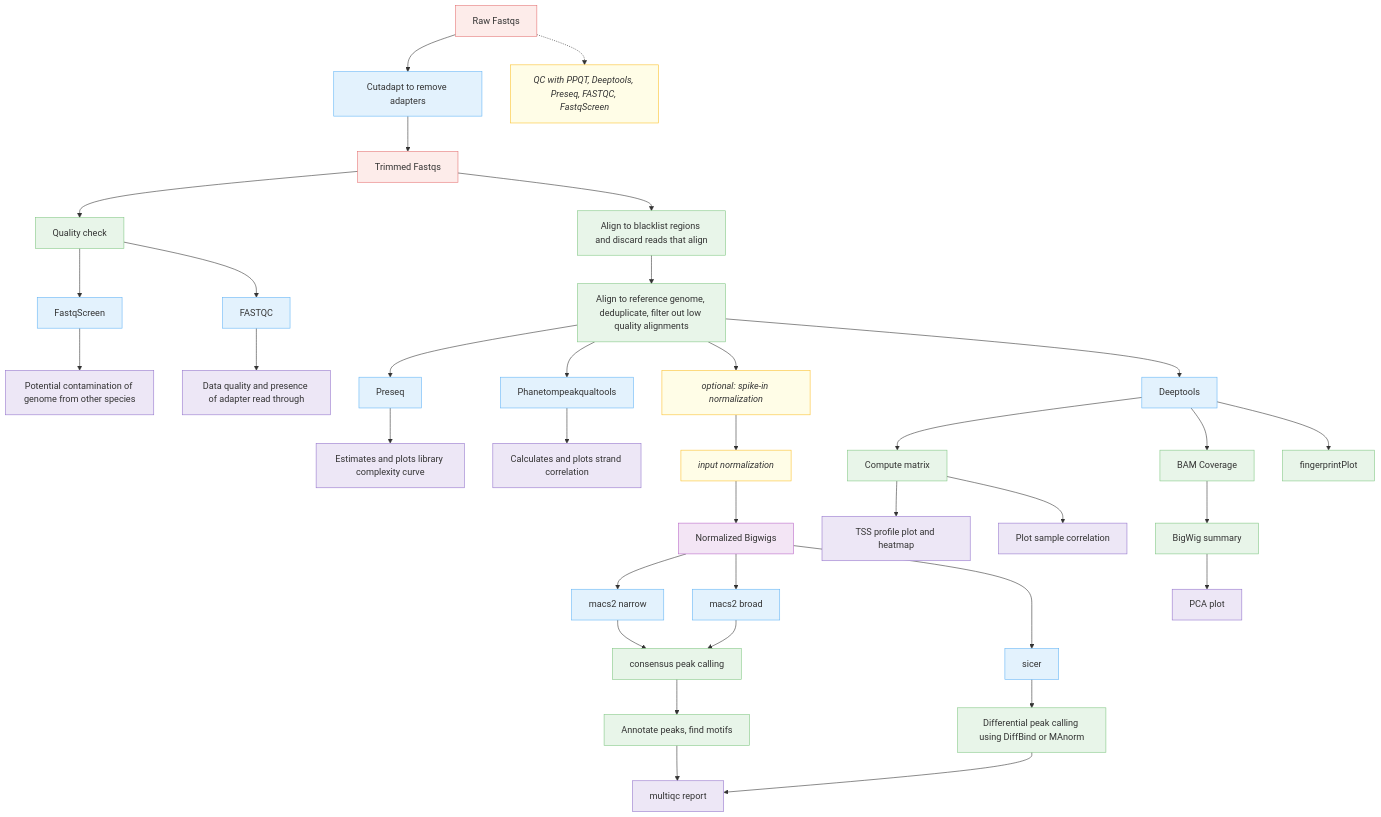
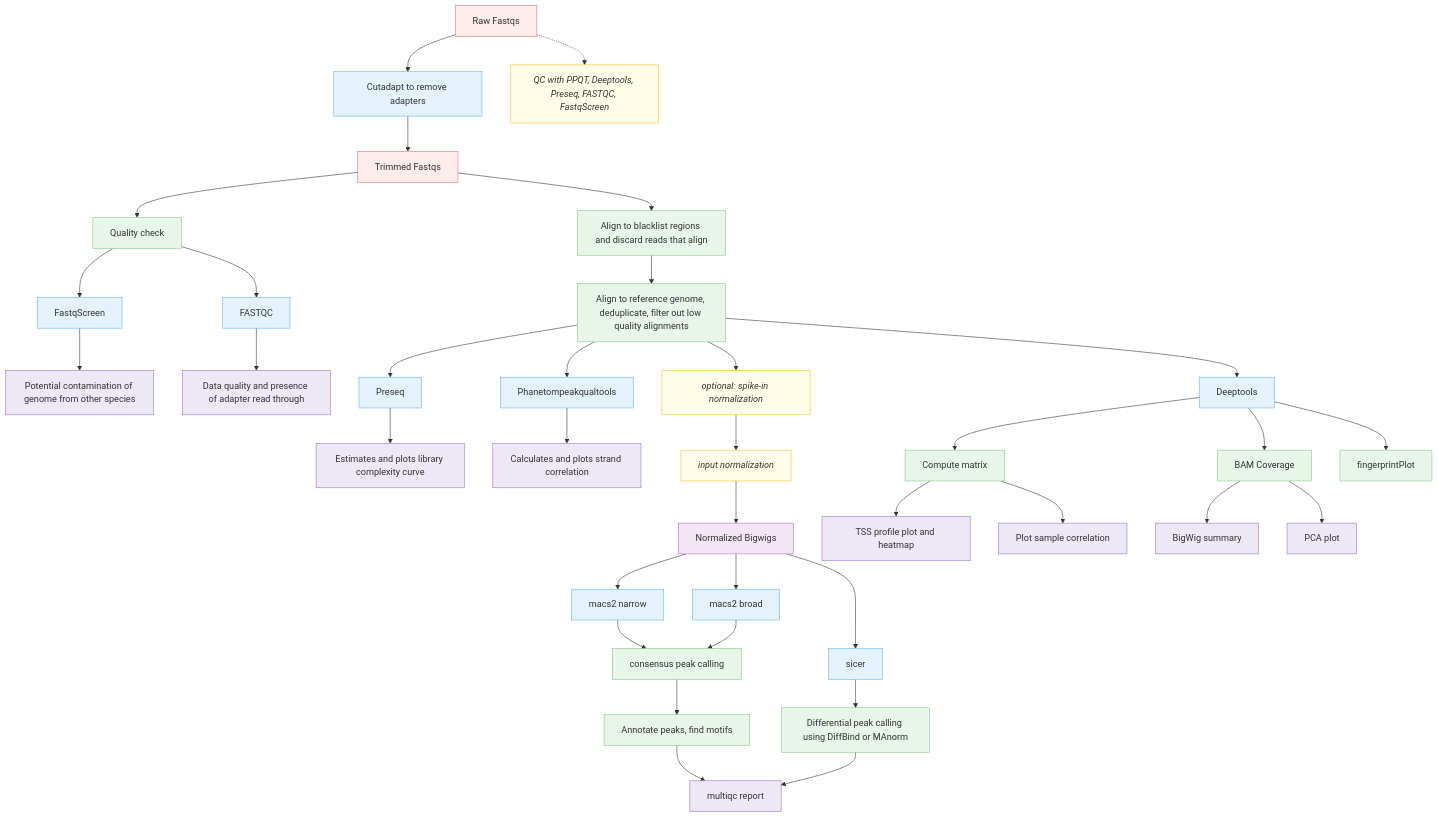
Before and after one commit to CCBR/CHAMPAGNE: the first of 2 diagrams in docs/diagram/index.md, drawn with Mermaid.

Commit message:
Edited Deeptools BAM coverage and PCA section.

````diff
--- a/docs/diagram/index.md
+++ b/docs/diagram/index.md
@@ -3,72 +3,72 @@
 ```mermaid
 
 flowchart TB
 
   %% Input
   %%Raw["Raw Fastqs"]:::input -->|Adapter trimming| Trimmed["Trimmed Fastqs"]:::input
   Raw["Raw Fastqs"]:::input --> Cleanup["Cutadapt to remove adapters"]:::tool
   Cleanup --> Trimmed["Trimmed Fastqs"]:::input
   %%Adapter trimming --> Trimmed["Trimmed Fastqs"]:::input
   Raw -.-> QCnote["QC with PPQT, Deeptools, Preseq, FASTQC, FastqScreen"]:::note
   %%Trimmed --> Cutadapt["cutadapt"]:::process
   %%Cutadapt --> Trimmed
 
   %% Quality Control
   Trimmed --> QC["Quality check"]:::process
   QC --> FastqScreen["FastqScreen"]:::tool
   FastqScreen --> Contaminants["Potential contamination of genome from other species"]:::output
   QC --> FASTQC["FASTQC"]:::tool
   FASTQC --> QC_results["Data quality and presence of adapter read through"]:::output
   %%QC --> Phantom["Phantompeakqualtools"]:::tool
   %%QC --> Deeptools["Deeptools"]:::tool
 
   %% Blacklist filtering
   Trimmed --> Blacklist["Align to blacklist regions and discard reads that align"]:::process
 
   %% Preseq and alignment
   %%Align["Align to reference genome, deduplicate, filter out low quality alignments"]:::process --> Preseq["Preseq"]:::tool
   Blacklist --> Align["Align to reference genome, deduplicate, filter out low quality alignments"]:::process
   Align --> Preseq["Preseq"]:::tool
   Preseq --> Cc["Estimates and plots library complexity curve"]:::output
 
   %% Phantompeakqualtools and alignment
   Align --> Ppqt["Phanetompeakqualtools"]:::tool
   Ppqt --> Scc["Calculates and plots strand correlation"]:::output
 
   %% Spike-in normalization (optional)
   Align --> Spike["optional: spike-in normalization"]:::note
   Spike --> InputNorm["input normalization"]:::note
   InputNorm --> NormBigwigs["Normalized Bigwigs"]:::data
 
   %% Deeptools steps
   Align --> Deeptools2["Deeptools"]:::tool
   Deeptools2 --> Matrix["Compute matrix"]:::process
   Deeptools2 --> BAMcov["BAM Coverage"]:::process
   Deeptools2 --> Fingerprint["fingerprintPlot"]:::process
 
   Matrix --> Heatmap["TSS profile plot and heatmap"]:::output
-  BAMcov --> Bigwig["BigWig summary"]:::process
-  Bigwig --> PCA["PCA plot"]:::output
+  BAMcov --> Bigwig["BigWig summary"]:::output
+  BAMcov --> PCA["PCA plot"]:::output
   Matrix --> Correlation["Plot sample correlation"]:::output
 
   %% Peak calling
   NormBigwigs --> MACS2narrow["macs2 narrow"]:::tool
   NormBigwigs --> MACS2broad["macs2 broad"]:::tool
   NormBigwigs --> SICER["sicer"]:::tool
 
   MACS2narrow --> Consensus["consensus peak calling"]:::process
   MACS2broad --> Consensus
   SICER --> Diffbind["Differential peak calling using DiffBind or MAnorm"]:::process
 
   Consensus --> Annotate["Annotate peaks, find motifs"]:::process
   Annotate --> MultiQC["multiqc report"]:::output
   Diffbind --> MultiQC
 
   %% Styles
   classDef input fill:#fdecea,stroke:#e57373,stroke-width:1px;
   classDef process fill:#e8f5e9,stroke:#81c784,stroke-width:1px;
   classDef tool fill:#e3f2fd,stroke:#64b5f6,stroke-width:1px;
   classDef note fill:#fffde7,stroke:#fbc02d,stroke-width:1px,font-style:italic;
   classDef output fill:#ede7f6,stroke:#9575cd,stroke-width:1px;
   classDef data fill:#f3e5f5,stroke:#ba68c8,stroke-width:1px;
 ```
````
